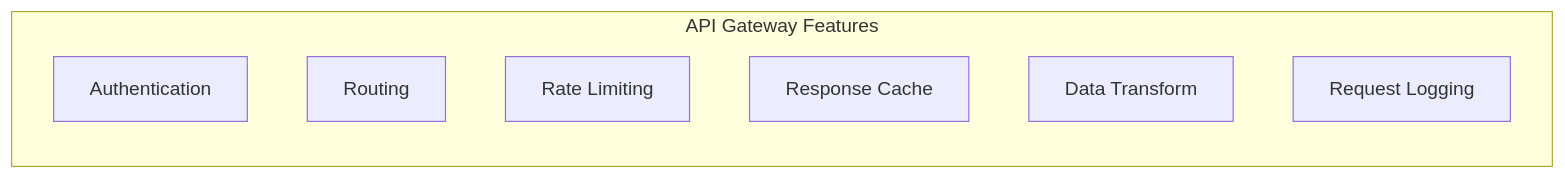
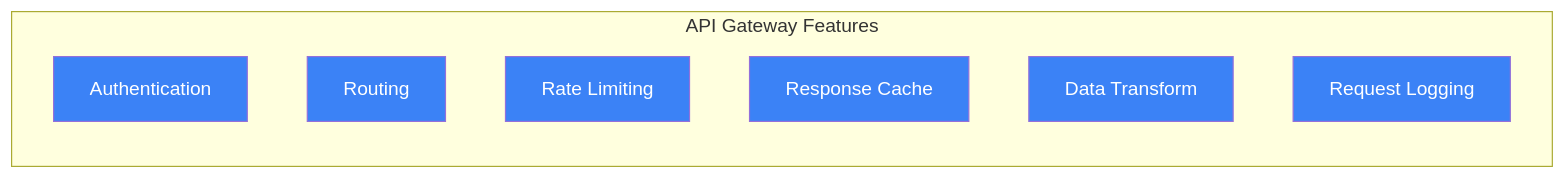
The third of 17 diagrams in GENESIS_PLATFORM_MICROSERVICES_ARCHITECTURE.md (mlflow/mlflow), drawn with Mermaid before and after one commit. The commit also changed other lines of this file and 1 other file, not shown here.

First line of the commit message:
Simplify microservices architecture and improve diagram visibility

````diff
--- a/GENESIS_PLATFORM_MICROSERVICES_ARCHITECTURE.md
+++ b/GENESIS_PLATFORM_MICROSERVICES_ARCHITECTURE.md
@@ -161,11 +157,18 @@
 ```mermaid
 graph LR
     subgraph "API Gateway Features"
         AUTH[Authentication]
         ROUTE[Routing]
         LIMIT[Rate Limiting]
         CACHE[Response Cache]
         TRANSFORM[Data Transform]
         LOG[Request Logging]
     end
+    
+    style AUTH fill:#3b82f6,color:#fff
+    style ROUTE fill:#3b82f6,color:#fff
+    style LIMIT fill:#3b82f6,color:#fff
+    style CACHE fill:#3b82f6,color:#fff
+    style TRANSFORM fill:#3b82f6,color:#fff
+    style LOG fill:#3b82f6,color:#fff
 ```
````
